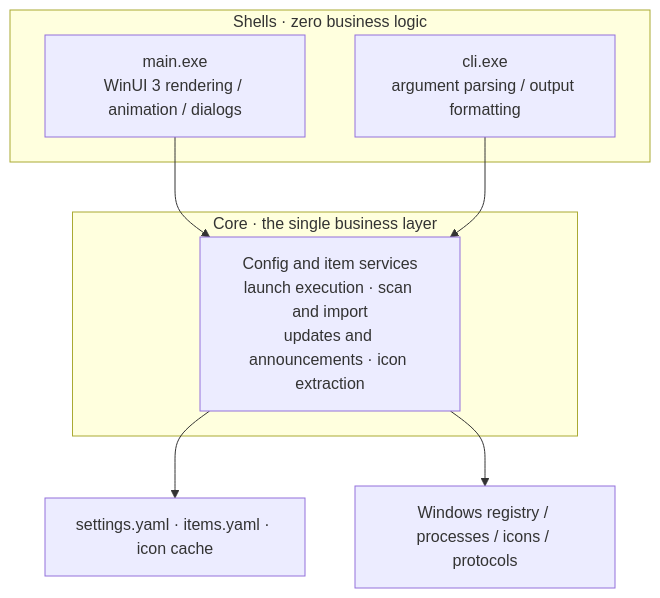
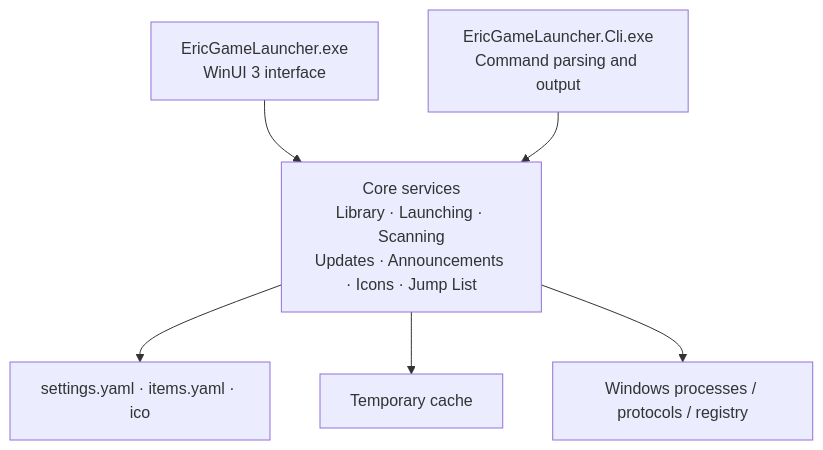
The diagram in .github/readme_res/readme_en.md (EricZhang233/EricGameLauncher), drawn with Mermaid before and after one commit. The commit also changed other lines of this file and 40 other files, not shown here.

````diff
--- a/.github/readme_res/readme_en.md
+++ b/.github/readme_res/readme_en.md
@@ -199,14 +201,11 @@
 ```mermaid
 flowchart TB
-    subgraph Shell["Shells · zero business logic"]
-        GUI["main.exe<br/>WinUI 3 rendering / animation / dialogs"]
-        CLI["cli.exe<br/>argument parsing / output formatting"]
-    end
-    subgraph Core["Core · the single business layer"]
-        SVC["Config and item services<br/>launch execution · scan and import<br/>updates and announcements · icon extraction"]
-    end
-    GUI --> SVC
-    CLI --> SVC
-    SVC --> DATA["settings.yaml · items.yaml · icon cache"]
-    SVC --> OS["Windows registry / processes / icons / protocols"]
+    GUI["EricGameLauncher.exe<br/>WinUI 3 interface"]
+    CLI["EricGameLauncher.Cli.exe<br/>Command parsing and output"]
+    CORE["Core services<br/>Library · Launching · Scanning<br/>Updates · Announcements · Icons · Jump List"]
+    GUI --> CORE
+    CLI --> CORE
+    CORE --> DATA["settings.yaml · items.yaml · ico"]
+    CORE --> CACHE["Temporary cache"]
+    CORE --> OS["Windows processes / protocols / registry"]
 ```
````
